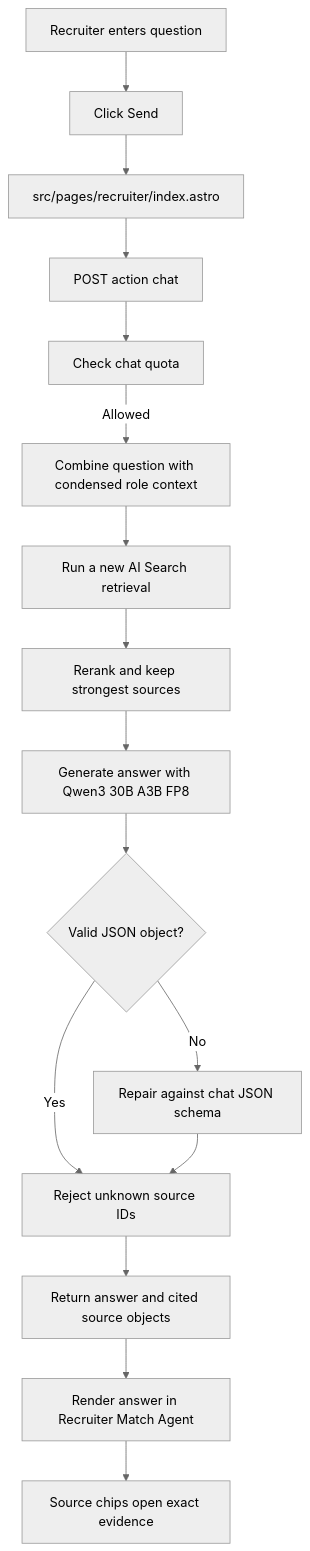
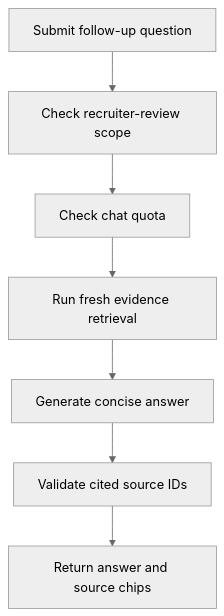
The fourth of 4 diagrams in docs/RECRUITER_ASSISTANT_WORKFLOW.md (burtonmakes/burtonmakes.github.io), drawn with Mermaid (neutral theme) before and after one commit. The commit also changed other lines of this file and 11 other files, not shown here.

````diff
--- a/docs/RECRUITER_ASSISTANT_WORKFLOW.md
+++ b/docs/RECRUITER_ASSISTANT_WORKFLOW.md
@@ -146,18 +112,9 @@
 ```mermaid
 flowchart TD
-    A[Recruiter enters question] --> B[Click Send]
-    B --> C[src/pages/recruiter/index.astro]
-    C --> D[POST action chat]
-    D --> E[Check chat quota]
-    E -->|Allowed| F[Combine question with condensed role context]
-    F --> G[Run a new AI Search retrieval]
-    G --> H[Rerank and keep strongest sources]
-    H --> I[Generate answer with Qwen3 30B A3B FP8]
-    I --> J{Valid JSON object?}
-    J -->|No| K[Repair against chat JSON schema]
-    J -->|Yes| L[Reject unknown source IDs]
-    K --> L
-    L --> M[Return answer and cited source objects]
-    M --> N[Render answer in Recruiter Match Agent]
-    N --> O[Source chips open exact evidence]
+    A["Submit follow-up question"] --> B["Check recruiter-review scope"]
+    B --> C["Check chat quota"]
+    C --> D["Run fresh evidence retrieval"]
+    D --> E["Generate concise answer"]
+    E --> F["Validate cited source IDs"]
+    F --> G["Return answer and source chips"]
 ```
````
